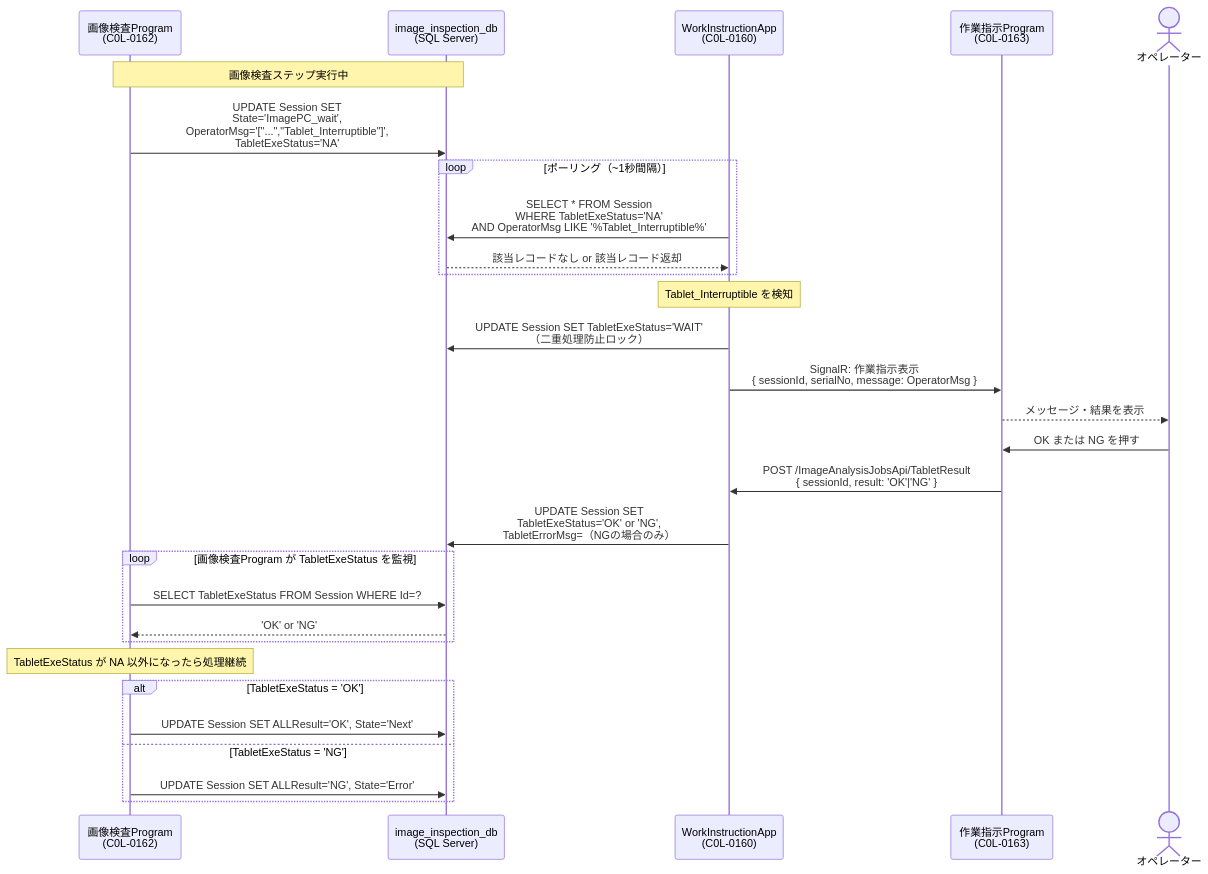
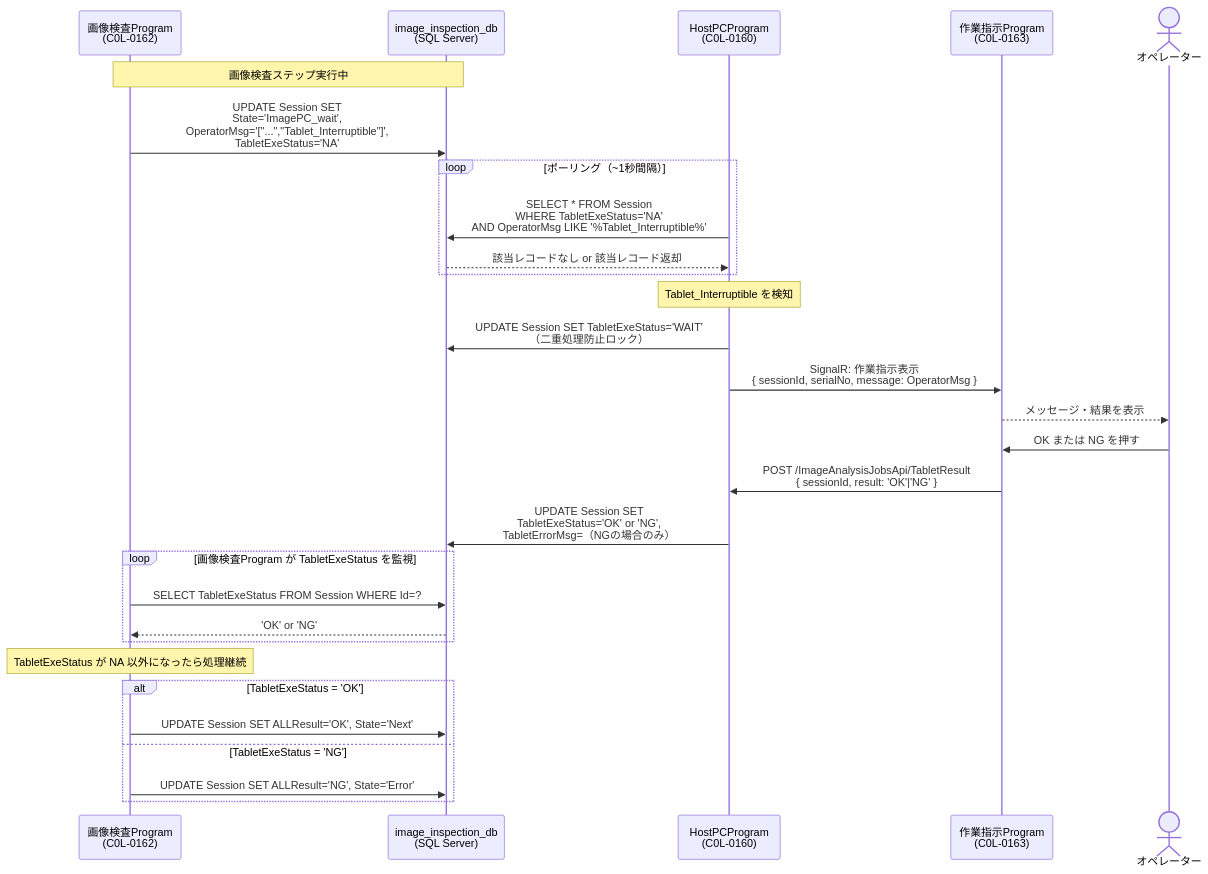
One commit to namagi14-lab/spica-warranty-design changed the diagram in docs/10_image_inspection_api.md. Above: the diagram before and after it, drawn with Mermaid. The commit also changed other lines of this file and 8 other files, not shown here.

First line of the commit message:
fix: WorkInstructionApp→HostPCProgram に文言統一、README目次を更新

````diff
--- a/docs/10_image_inspection_api.md
+++ b/docs/10_image_inspection_api.md
@@ -39,41 +39,41 @@
 ```mermaid
 sequenceDiagram
     participant I  as 画像検査Program<br>(C0L-0162)
     participant DB as image_inspection_db<br>(SQL Server)
-    participant H  as WorkInstructionApp<br>(C0L-0160)
+    participant H  as HostPCProgram<br>(C0L-0160)
     participant T  as 作業指示Program<br>(C0L-0163)
     actor Op as オペレーター
 
     Note over I,DB: 画像検査ステップ実行中
 
     I->>DB: UPDATE Session SET<br>State='ImagePC_wait',<br>OperatorMsg='["...","Tablet_Interruptible"]',<br>TabletExeStatus='NA'
 
     loop ポーリング（~1秒間隔）
         H->>DB: SELECT * FROM Session<br>WHERE TabletExeStatus='NA'<br>AND OperatorMsg LIKE '%Tablet_Interruptible%'
         DB-->>H: 該当レコードなし or 該当レコード返却
     end
 
     Note over H: Tablet_Interruptible を検知
 
     H->>DB: UPDATE Session SET TabletExeStatus='WAIT'<br>（二重処理防止ロック）
 
     H->>T: SignalR: 作業指示表示<br>{ sessionId, serialNo, message: OperatorMsg }
     T-->>Op: メッセージ・結果を表示
     Op->>T: OK または NG を押す
     T->>H: POST /ImageAnalysisJobsApi/TabletResult<br>{ sessionId, result: 'OK'|'NG' }
 
     H->>DB: UPDATE Session SET<br>TabletExeStatus='OK' or 'NG',<br>TabletErrorMsg=（NGの場合のみ）
 
     loop 画像検査Program が TabletExeStatus を監視
         I->>DB: SELECT TabletExeStatus FROM Session WHERE Id=?
         DB-->>I: 'OK' or 'NG'
     end
 
     Note over I: TabletExeStatus が NA 以外になったら処理継続
 
     alt TabletExeStatus = 'OK'
         I->>DB: UPDATE Session SET ALLResult='OK', State='Next'
     else TabletExeStatus = 'NG'
         I->>DB: UPDATE Session SET ALLResult='NG', State='Error'
     end
 ```
````
